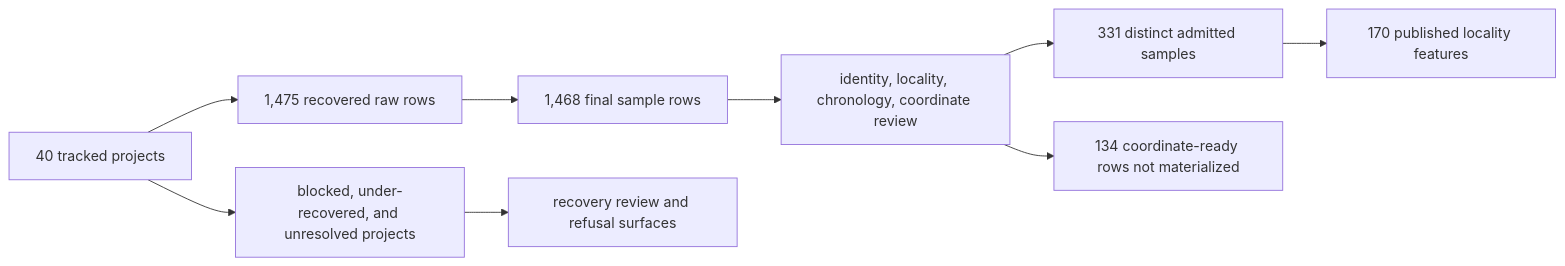
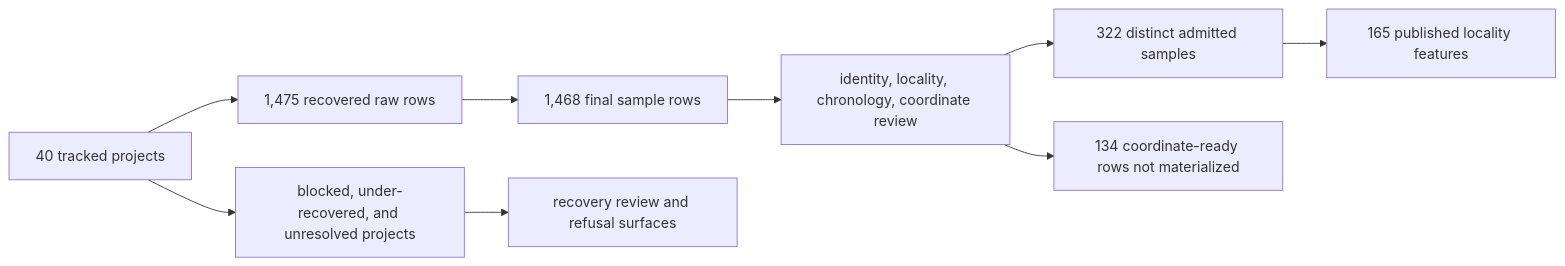
Before and after one commit to bijux/bijux-pollenomics: the third of 4 diagrams in docs/public/pollenomics-data/overview/animal-ancient-dna-evidence.md, drawn with Mermaid. The commit also changed other lines of this file and 956 other files, not shown here.

````diff
--- a/docs/public/pollenomics-data/overview/animal-ancient-dna-evidence.md
+++ b/docs/public/pollenomics-data/overview/animal-ancient-dna-evidence.md
@@ -132,11 +132,11 @@
 ```mermaid
 flowchart LR
     Inventory["40 tracked projects"] --> Recovery["1,475 recovered raw rows"]
     Recovery --> Foundation["1,468 final sample rows"]
     Foundation --> Review["identity, locality, chronology, coordinate review"]
-    Review --> Samples["331 distinct admitted samples"]
-    Samples --> Points["170 published locality features"]
+    Review --> Samples["322 distinct admitted samples"]
+    Samples --> Points["165 published locality features"]
     Review --> Excluded["134 coordinate-ready rows not materialized"]
     Inventory --> Gaps["blocked, under-recovered, and unresolved projects"]
     Gaps --> Accountability["recovery review and refusal surfaces"]
 ```
````
